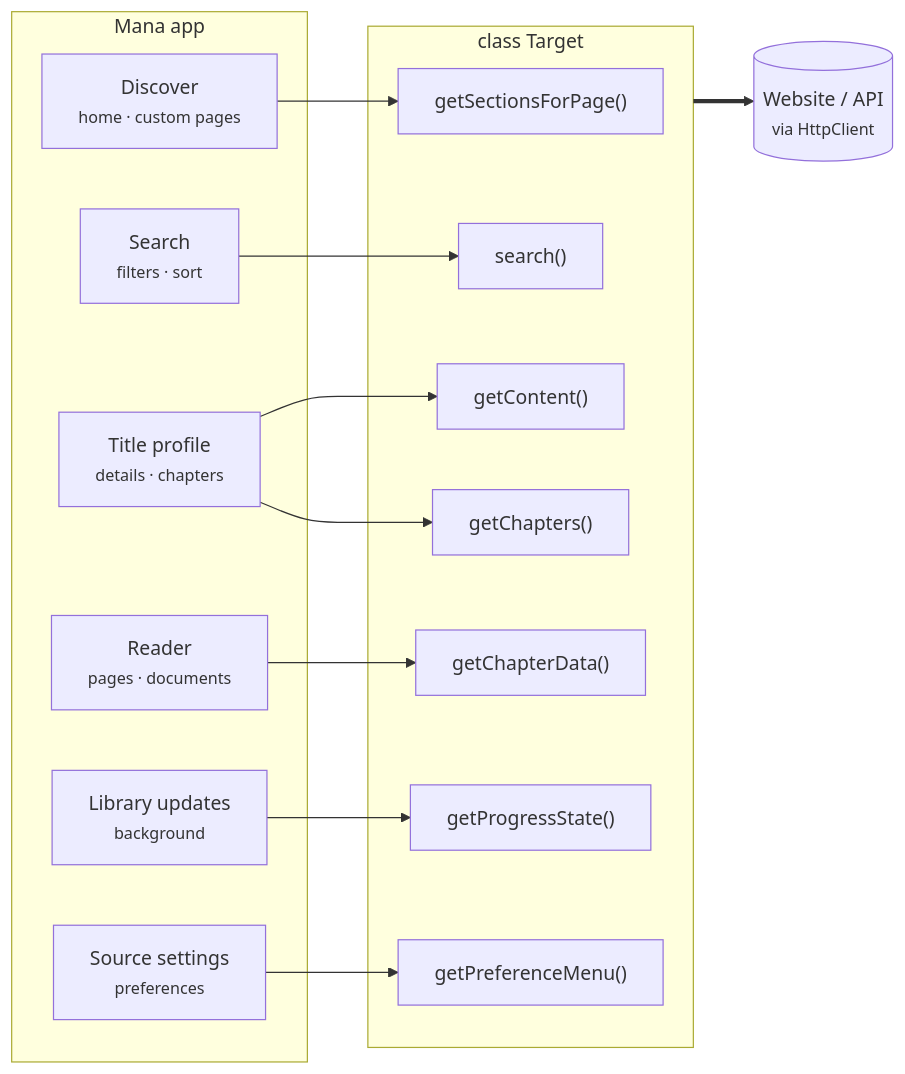
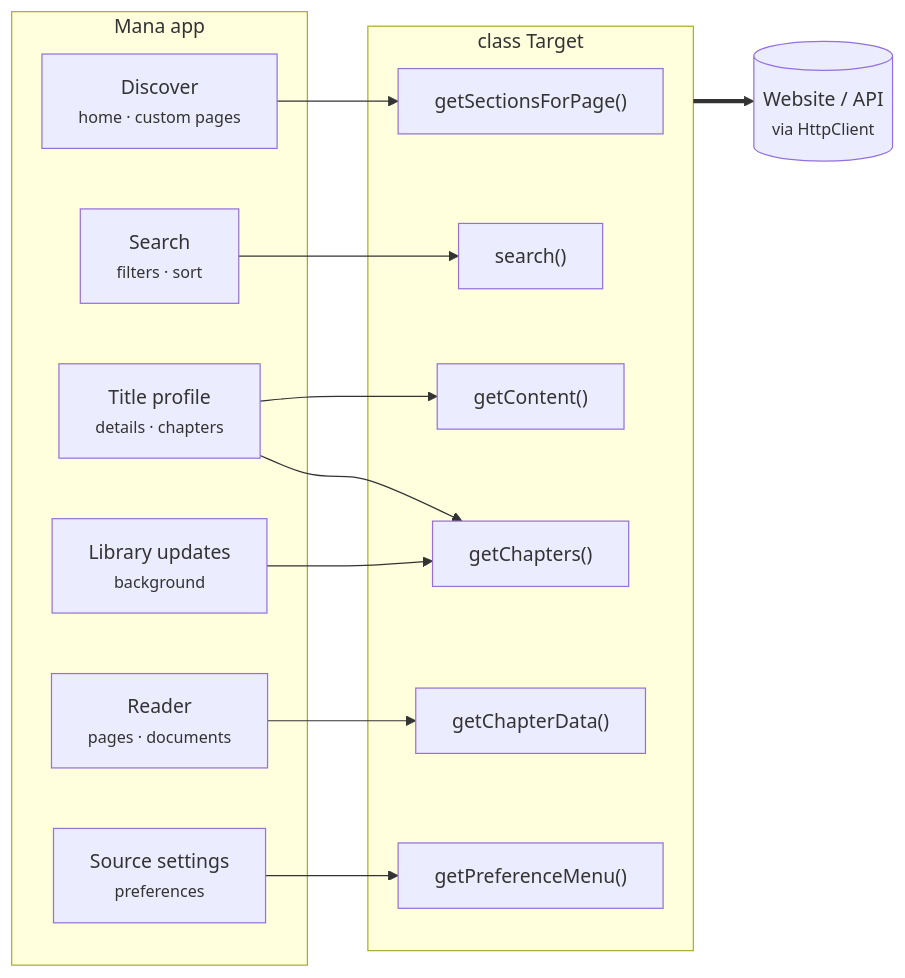
The diagram in overview.md (Mana-iOS/mana-ios.github.io), drawn with Mermaid before and after one commit. The commit also changed 4 other files, not shown here.

First line of the commit message:
docs: mark getProgressState as not used by Mana yet

````diff
--- a/overview.md
+++ b/overview.md
@@ -9,37 +9,36 @@
 ```mermaid
 flowchart LR
     %% title: How Mana talks to a source
     %% subtitle: Mana calls async methods on your Target class · your class fetches through HttpClient
 
     subgraph App[Mana app]
         Discover["Discover<br/><small>home · custom pages</small>"]
         SearchUI["Search<br/><small>filters · sort</small>"]
         Profile["Title profile<br/><small>details · chapters</small>"]
         Reader["Reader<br/><small>pages · documents</small>"]
         Library["Library updates<br/><small>background</small>"]
         Settings["Source settings<br/><small>preferences</small>"]
     end
 
     subgraph Source[class Target]
         GS["getSectionsForPage()"]
         S["search()"]
         GC["getContent()"]
         GCH["getChapters()"]
         GCD["getChapterData()"]
-        GP["getProgressState()"]
         GPM["getPreferenceMenu()"]
     end
 
     Discover --> GS
     SearchUI --> S
     Profile --> GC
     Profile --> GCH
     Reader --> GCD
-    Library --> GP
+    Library --> GCH
     Settings --> GPM
     Source ==> Web[("Website / API<br/><small>via HttpClient</small>")]
 
     class App,Discover,SearchUI,Profile,Reader,Library,Settings mana
-    class Source,GS,S,GC,GCH,GCD,GP,GPM source
+    class Source,GS,S,GC,GCH,GCD,GPM source
     class Web external
 ```
````
